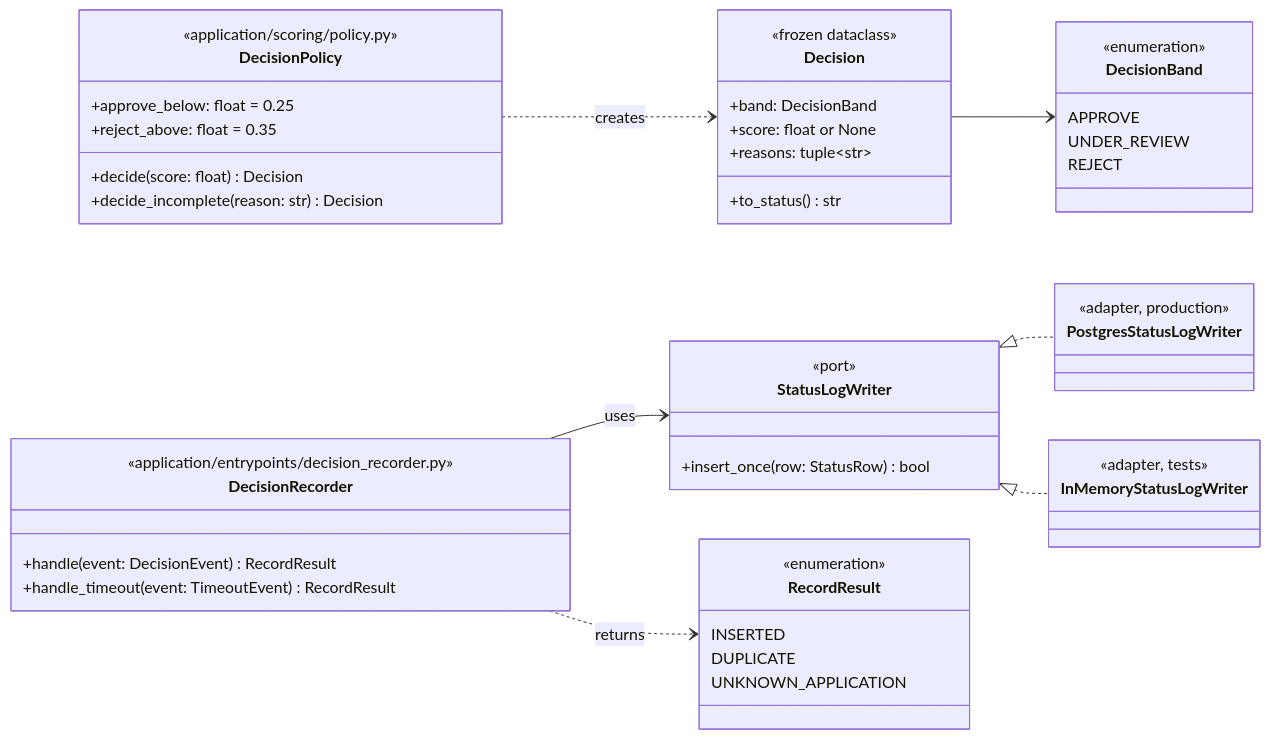
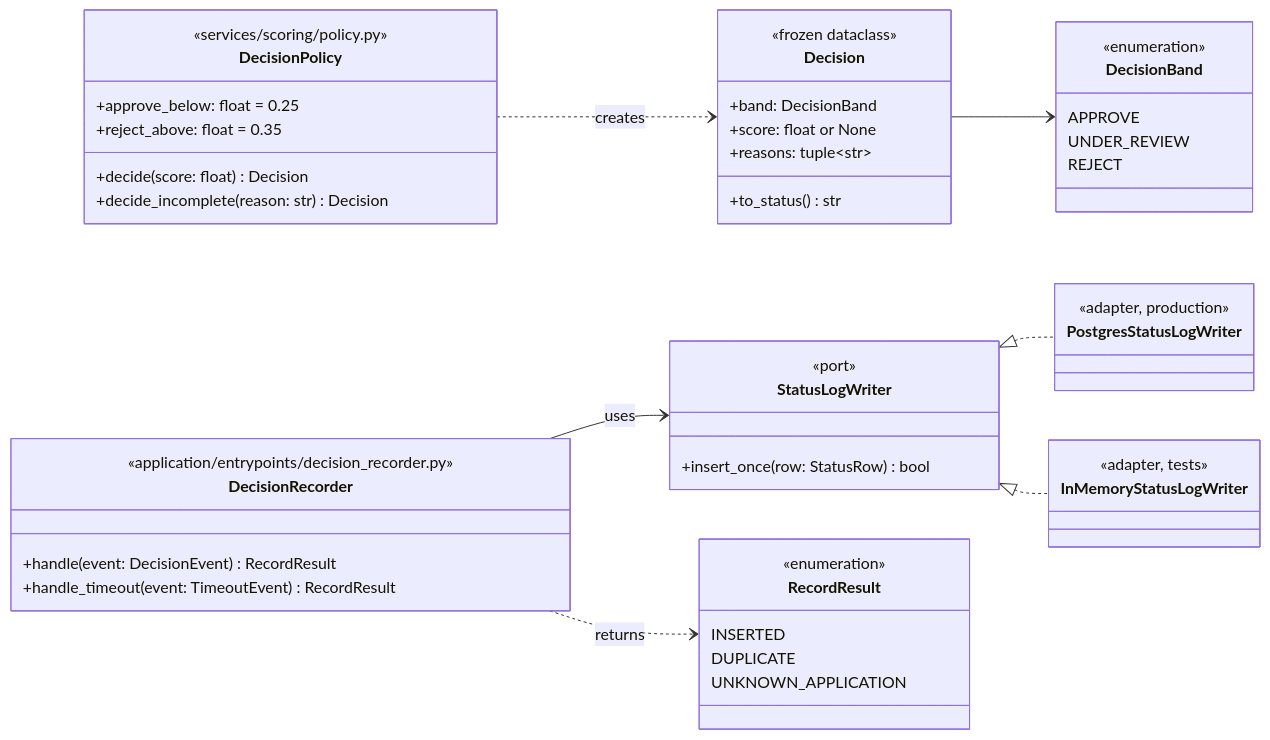
Before and after one commit to ngnquanq/credit-risk-ml-system: the second of 3 diagrams in docs/03-handoff/E5-decision-delivery.md, drawn with Mermaid. The commit also changed other lines of this file and 26 other files, not shown here.

````diff
--- a/docs/03-handoff/E5-decision-delivery.md
+++ b/docs/03-handoff/E5-decision-delivery.md
@@ -60,51 +60,51 @@
 ```mermaid
 classDiagram
     direction LR
     class DecisionPolicy {
-        <<application/scoring/policy.py>>
+        <<services/scoring/policy.py>>
         +approve_below: float = 0.25
         +reject_above: float = 0.35
         +decide(score: float) Decision
         +decide_incomplete(reason: str) Decision
     }
     class Decision {
         <<frozen dataclass>>
         +band: DecisionBand
         +score: float or None
         +reasons: tuple~str~
         +to_status() str
     }
     class DecisionBand {
         <<enumeration>>
         APPROVE
         UNDER_REVIEW
         REJECT
     }
     class DecisionRecorder {
         <<application/entrypoints/decision_recorder.py>>
         +handle(event: DecisionEvent) RecordResult
         +handle_timeout(event: TimeoutEvent) RecordResult
     }
     class StatusLogWriter {
         <<port>>
         +insert_once(row: StatusRow) bool
     }
     class PostgresStatusLogWriter {
         <<adapter, production>>
     }
     class InMemoryStatusLogWriter {
         <<adapter, tests>>
     }
     class RecordResult {
         <<enumeration>>
         INSERTED
         DUPLICATE
         UNKNOWN_APPLICATION
     }
     DecisionPolicy ..> Decision : creates
     Decision --> DecisionBand
     DecisionRecorder --> StatusLogWriter : uses
     StatusLogWriter <|.. PostgresStatusLogWriter
     StatusLogWriter <|.. InMemoryStatusLogWriter
     DecisionRecorder ..> RecordResult : returns
 ```
````
